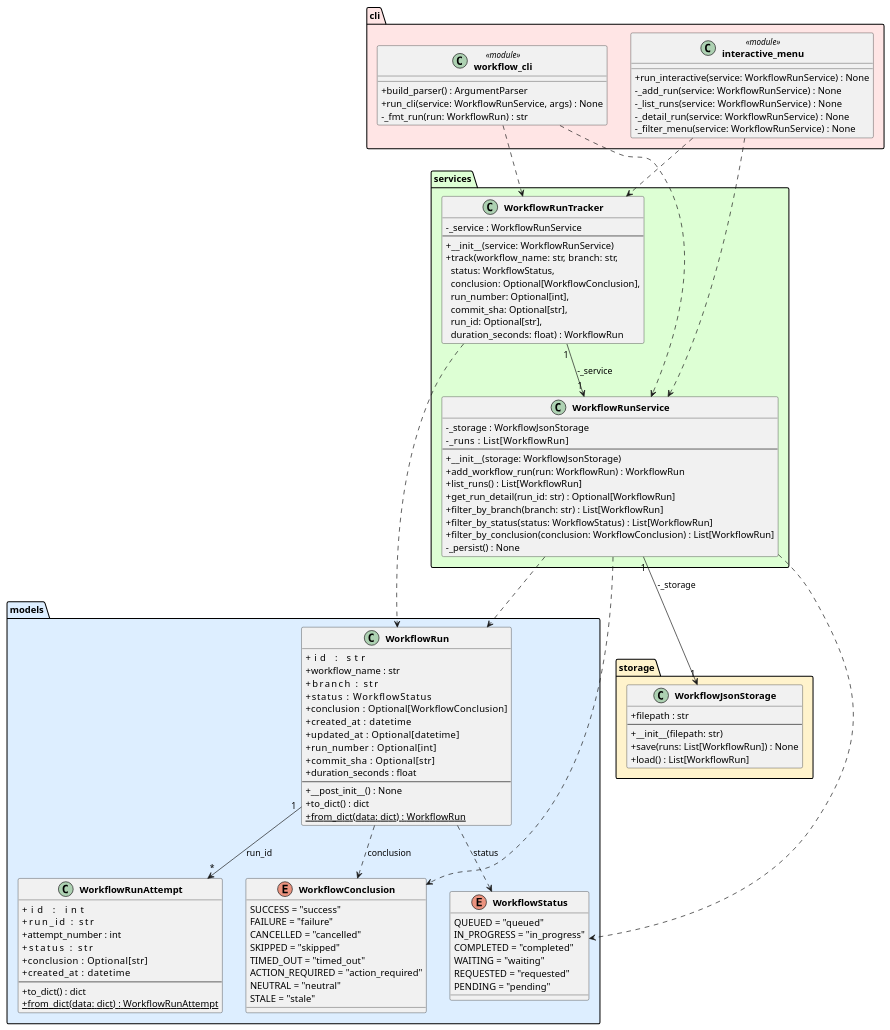
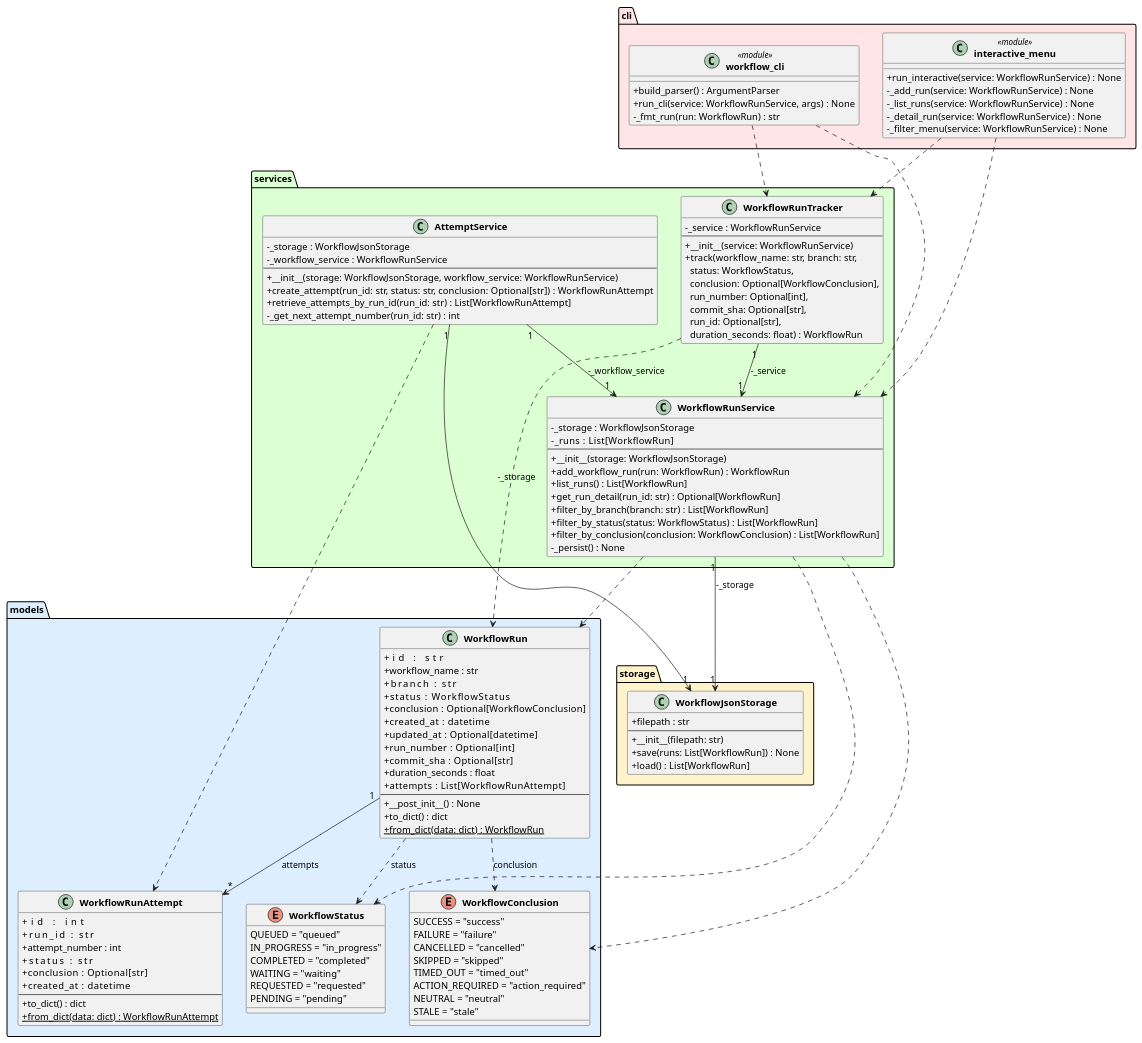
One commit to DanielRiha8906/Software_autoevolution_using_agents changed the diagram in experiments/supervisor_as_tools/structured_text/github-workflow-manager/artifacts/class_diagram.puml. Above: the diagram before and after it, drawn with PlantUML. The commit also changed 4 other files, not shown here.

```diff
--- a/experiments/supervisor_as_tools/structured_text/github-workflow-manager/artifacts/class_diagram.puml
+++ b/experiments/supervisor_as_tools/structured_text/github-workflow-manager/artifacts/class_diagram.puml
@@ -1,120 +1,134 @@
 @startuml class_diagram
 
 skinparam classAttributeIconSize 0
 skinparam classFontStyle bold
 
 package "models" #DDEEFF {
     enum WorkflowStatus {
         QUEUED = "queued"
         IN_PROGRESS = "in_progress"
         COMPLETED = "completed"
         WAITING = "waiting"
         REQUESTED = "requested"
         PENDING = "pending"
     }
 
     enum WorkflowConclusion {
         SUCCESS = "success"
         FAILURE = "failure"
         CANCELLED = "cancelled"
         SKIPPED = "skipped"
         TIMED_OUT = "timed_out"
         ACTION_REQUIRED = "action_required"
         NEUTRAL = "neutral"
         STALE = "stale"
     }
 
     class WorkflowRun {
         +id            : str
         +workflow_name : str
         +branch        : str
         +status        : WorkflowStatus
         +conclusion    : Optional[WorkflowConclusion]
         +created_at    : datetime
         +updated_at    : Optional[datetime]
         +run_number    : Optional[int]
         +commit_sha    : Optional[str]
         +duration_seconds : float
+        +attempts      : List[WorkflowRunAttempt]
         --
         +__post_init__() : None
         +to_dict() : dict
         +{static} from_dict(data: dict) : WorkflowRun
     }
 
     class WorkflowRunAttempt {
         +id             : int
         +run_id         : str
         +attempt_number : int
         +status         : str
         +conclusion     : Optional[str]
         +created_at     : datetime
         --
         +to_dict() : dict
         +{static} from_dict(data: dict) : WorkflowRunAttempt
     }
 }
 
 package "storage" #FFF3CC {
     class WorkflowJsonStorage {
         +filepath : str
         --
         +__init__(filepath: str)
         +save(runs: List[WorkflowRun]) : None
         +load() : List[WorkflowRun]
     }
 }
 
 package "services" #DDFFD4 {
     class WorkflowRunService {
         -_storage : WorkflowJsonStorage
         -_runs    : List[WorkflowRun]
         --
         +__init__(storage: WorkflowJsonStorage)
         +add_workflow_run(run: WorkflowRun) : WorkflowRun
         +list_runs() : List[WorkflowRun]
         +get_run_detail(run_id: str) : Optional[WorkflowRun]
         +filter_by_branch(branch: str) : List[WorkflowRun]
         +filter_by_status(status: WorkflowStatus) : List[WorkflowRun]
         +filter_by_conclusion(conclusion: WorkflowConclusion) : List[WorkflowRun]
         -_persist() : None
     }
 
     class WorkflowRunTracker {
         -_service : WorkflowRunService
         --
         +__init__(service: WorkflowRunService)
         +track(workflow_name: str, branch: str,\n  status: WorkflowStatus,\n  conclusion: Optional[WorkflowConclusion],\n  run_number: Optional[int],\n  commit_sha: Optional[str],\n  run_id: Optional[str],\n  duration_seconds: float) : WorkflowRun
     }
+
+    class AttemptService {
+        -_storage : WorkflowJsonStorage
+        -_workflow_service : WorkflowRunService
+        --
+        +__init__(storage: WorkflowJsonStorage, workflow_service: WorkflowRunService)
+        +create_attempt(run_id: str, status: str, conclusion: Optional[str]) : WorkflowRunAttempt
+        +retrieve_attempts_by_run_id(run_id: str) : List[WorkflowRunAttempt]
+        -_get_next_attempt_number(run_id: str) : int
+    }
 }
 
 package "cli" #FFE5E5 {
     class "workflow_cli" <<module>> {
         +build_parser() : ArgumentParser
         +run_cli(service: WorkflowRunService, args) : None
         -_fmt_run(run: WorkflowRun) : str
     }
 
     class "interactive_menu" <<module>> {
         +run_interactive(service: WorkflowRunService) : None
         -_add_run(service: WorkflowRunService) : None
         -_list_runs(service: WorkflowRunService) : None
         -_detail_run(service: WorkflowRunService) : None
         -_filter_menu(service: WorkflowRunService) : None
     }
 }
 
 WorkflowRun                ..>  WorkflowStatus        : status
 WorkflowRun                ..>  WorkflowConclusion    : conclusion
-WorkflowRun            "1" --> "*" WorkflowRunAttempt  : run_id
+WorkflowRun            "1" --> "*" WorkflowRunAttempt  : attempts
 WorkflowRunService    "1" --> "1" WorkflowJsonStorage : -_storage
 WorkflowRunService         ..>  WorkflowRun
 WorkflowRunService         ..>  WorkflowStatus
 WorkflowRunService         ..>  WorkflowConclusion
 WorkflowRunTracker    "1" --> "1" WorkflowRunService  : -_service
 WorkflowRunTracker         ..>  WorkflowRun
+AttemptService        "1" --> "1" WorkflowJsonStorage : -_storage
+AttemptService        "1" --> "1" WorkflowRunService  : -_workflow_service
+AttemptService             ..>  WorkflowRunAttempt
 "workflow_cli"             ..>  WorkflowRunService
 "workflow_cli"             ..>  WorkflowRunTracker
 "interactive_menu"         ..>  WorkflowRunService
 "interactive_menu"         ..>  WorkflowRunTracker
 
 @enduml
```
